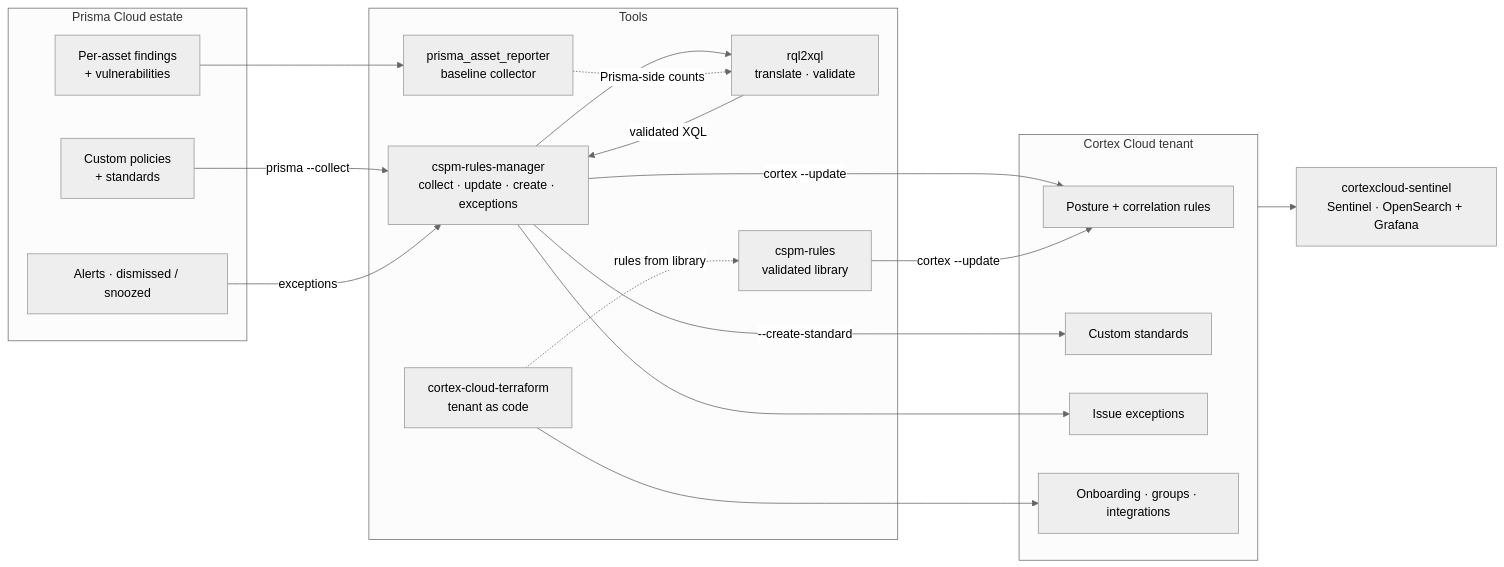
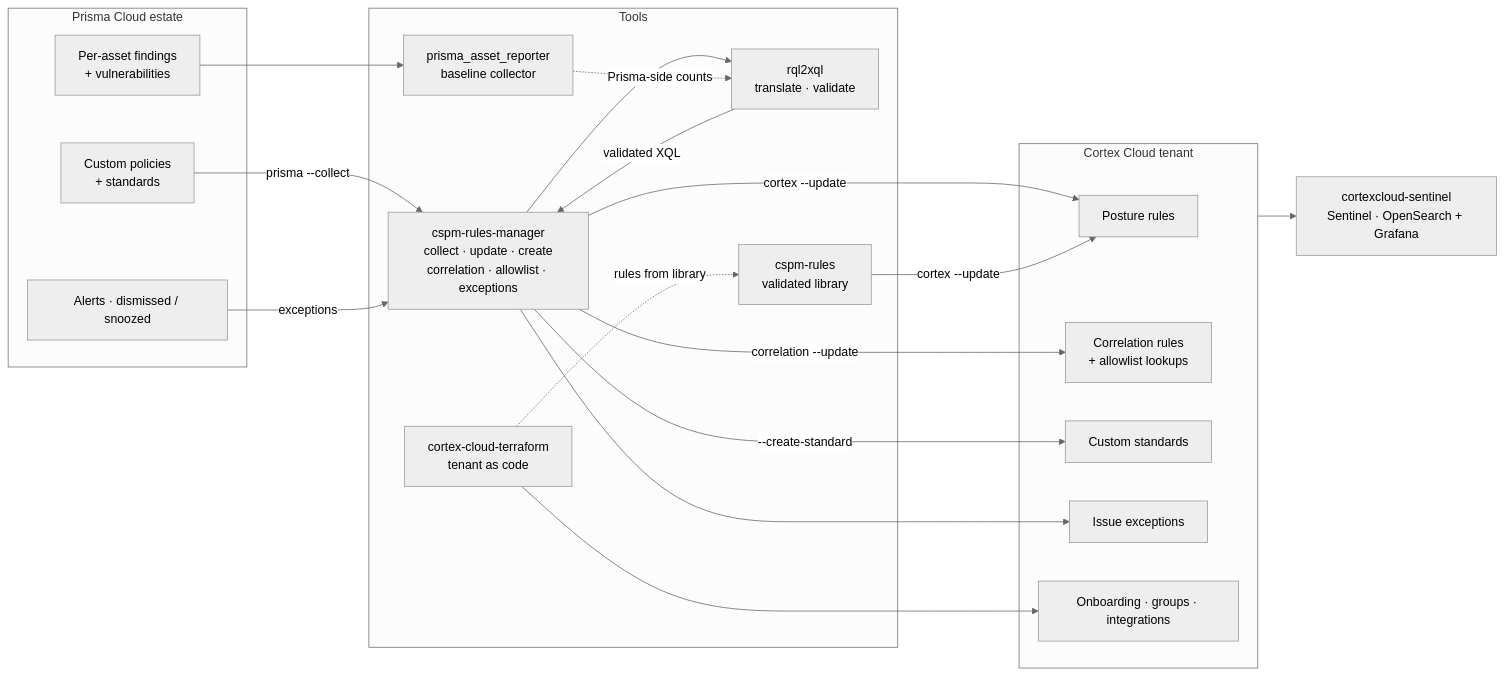
Before and after one commit to neocortex-security/cortex-security-automation: the diagram in README.md, drawn with Mermaid (neutral theme). The commit also changed other lines of this file and 11 other files, not shown here.

Commit message:
cspm-rules-manager 1.2.1: correlation, allowlist and seed file; footer fixes

````diff
--- a/README.md
+++ b/README.md
@@ -30,32 +30,34 @@
 ```mermaid
 flowchart LR
     subgraph Prisma[Prisma Cloud estate]
         PP[Custom policies<br/>+ standards]
         PA[Alerts · dismissed / snoozed]
         PF[Per-asset findings<br/>+ vulnerabilities]
     end
     subgraph Tools
         R[rql2xql<br/>translate · validate]
-        M[cspm-rules-manager<br/>collect · update · create · exceptions]
+        M[cspm-rules-manager<br/>collect · update · create<br/>correlation · allowlist · exceptions]
         L[cspm-rules<br/>validated library]
         T[cortex-cloud-terraform<br/>tenant as code]
         P[prisma_asset_reporter<br/>baseline collector]
     end
     subgraph Cortex[Cortex Cloud tenant]
-        CR[Posture + correlation rules]
+        CR[Posture rules]
+        CC[Correlation rules<br/>+ allowlist lookups]
         CS[Custom standards]
         CE[Issue exceptions]
         CT[Onboarding · groups · integrations]
     end
     S[cortexcloud-sentinel<br/>Sentinel · OpenSearch + Grafana]
 
     PP -->|prisma --collect| M --> R
     R -->|validated XQL| M -->|cortex --update| CR
+    M -->|correlation --update| CC
     M -->|--create-standard| CS
     PA -->|exceptions| M --> CE
     L -->|cortex --update| CR
     T --> CT
     T -.rules from library.-> L
     PF --> P -.Prisma-side counts.-> R
     Cortex --> S
 ```
````
